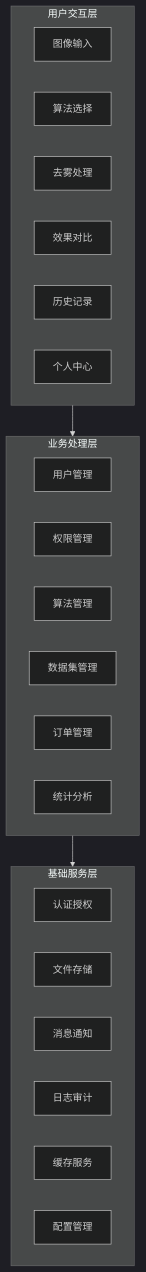
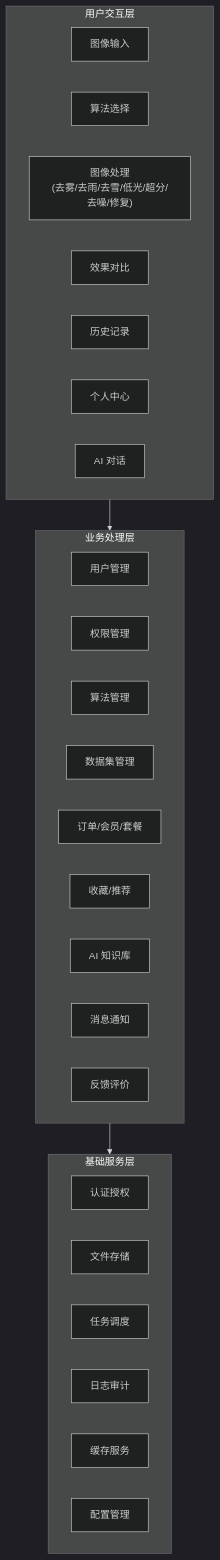
The second of 4 diagrams in dehaze-doc/docs/02-系统架构/01-总体架构设计.md (earthy-zinc/dehaze-system), drawn with Mermaid (dark theme) before and after one commit. The commit also changed other lines of this file and 1067 other files, not shown here.

````diff
--- a/dehaze-doc/docs/02-系统架构/01-总体架构设计.md
+++ b/dehaze-doc/docs/02-系统架构/01-总体架构设计.md
@@ -110,35 +123,39 @@
 ```mermaid
 flowchart TB
     subgraph UserInteraction["用户交互层"]
         direction LR
         ImageInput["图像输入"]
         AlgoSelect["算法选择"]
-        DehazeProcess["去雾处理"]
+        ImageProcess["图像处理<br/>(去雾/去雨/去雪/低光/超分/去噪/修复)"]
         Compare["效果对比"]
         History["历史记录"]
         UserCenter["个人中心"]
+        AIChat["AI 对话"]
     end
 
     subgraph BusinessProcess["业务处理层"]
         direction LR
         UserMgmt["用户管理"]
         RoleMgmt["权限管理"]
         AlgoMgmt["算法管理"]
         DatasetMgmt["数据集管理"]
-        OrderMgmt["订单管理"]
-        Stats["统计分析"]
+        OrderMgmt["订单/会员/套餐"]
+        FavoriteMgmt["收藏/推荐"]
+        KnowledgeMgmt["AI 知识库"]
+        MsgMgmt["消息通知"]
+        RatingMgmt["反馈评价"]
     end
 
     subgraph Foundation["基础服务层"]
         direction LR
         AuthService["认证授权"]
         FileService["文件存储"]
-        MsgService["消息通知"]
+        TaskService["任务调度"]
         LogService["日志审计"]
         CacheService["缓存服务"]
         ConfigService["配置管理"]
     end
 
     UserInteraction --> BusinessProcess
     BusinessProcess --> Foundation
 ```
````
